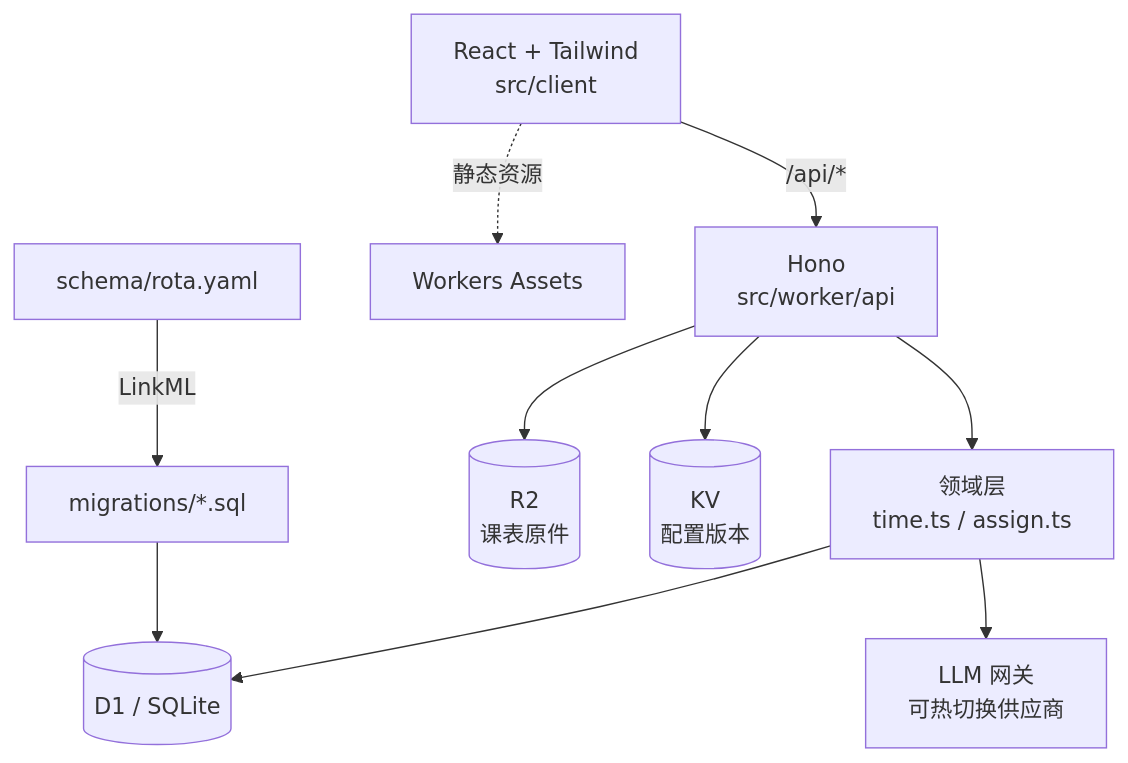
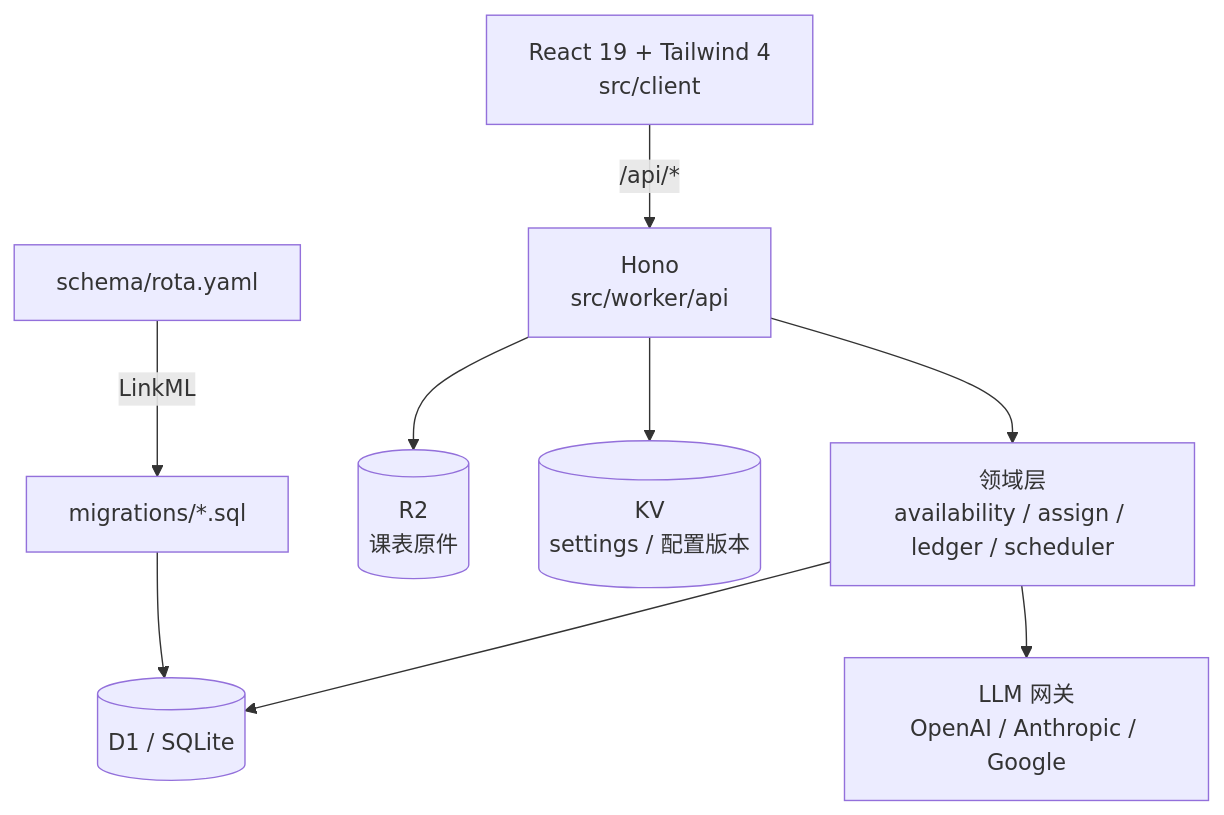
Before and after one commit to PlutoKeating/Project.Rota: the diagram in README.md, drawn with Mermaid. The commit also changed other lines of this file and 4 other files, not shown here.

````diff
--- a/README.md
+++ b/README.md
@@ -27,12 +53,11 @@
 ```mermaid
 flowchart TB
-    A[React + Tailwind<br/>src/client] -->|/api/*| B[Hono<br/>src/worker/api]
-    A -.->|静态资源| C[Workers Assets]
-    B --> D[领域层<br/>time.ts / assign.ts]
-    D --> E[(D1 / SQLite)]
+    A[React 19 + Tailwind 4<br/>src/client] -->|/api/*| B[Hono<br/>src/worker/api]
+    B --> C[领域层<br/>availability / assign / ledger / scheduler]
+    C --> E[(D1 / SQLite)]
     B --> F[(R2<br/>课表原件)]
-    B --> G[(KV<br/>配置版本)]
-    D --> H[LLM 网关<br/>可热切换供应商]
+    B --> G[(KV<br/>settings / 配置版本)]
+    C --> H[LLM 网关<br/>OpenAI / Anthropic / Google]
     I[schema/rota.yaml] -->|LinkML| J[migrations/*.sql]
     J --> E
 ```
````
